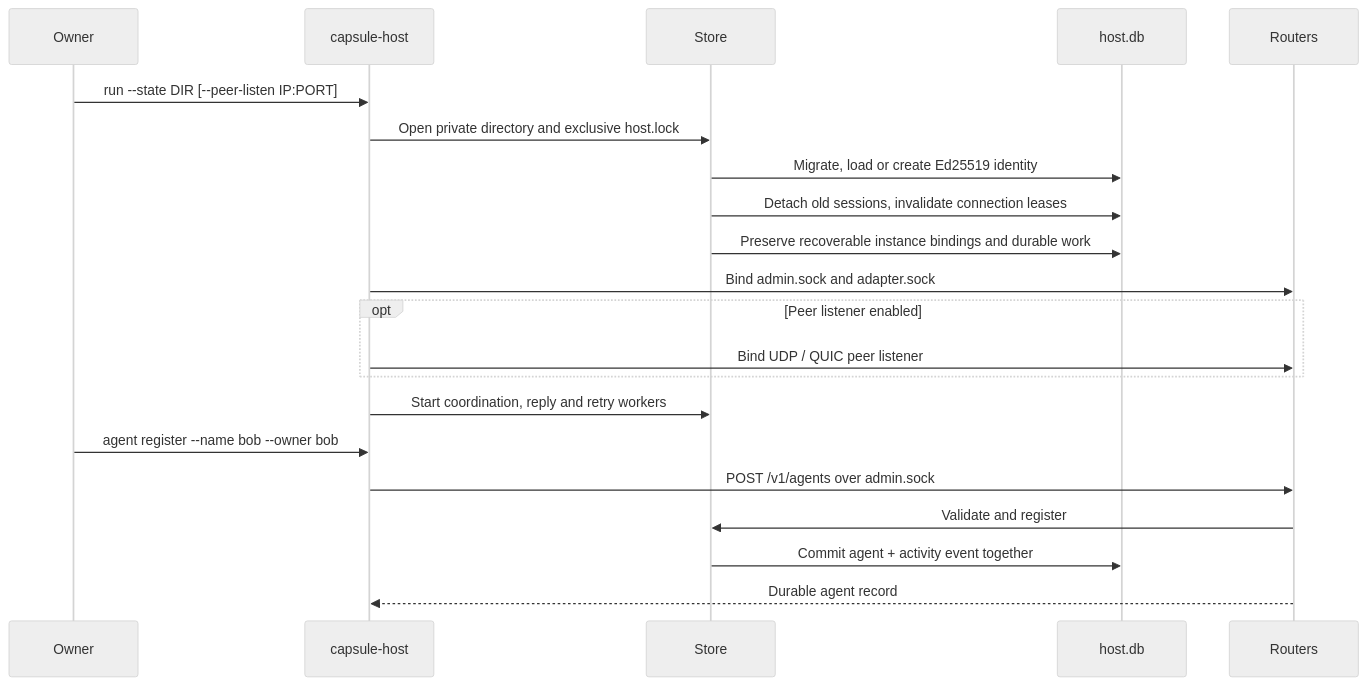
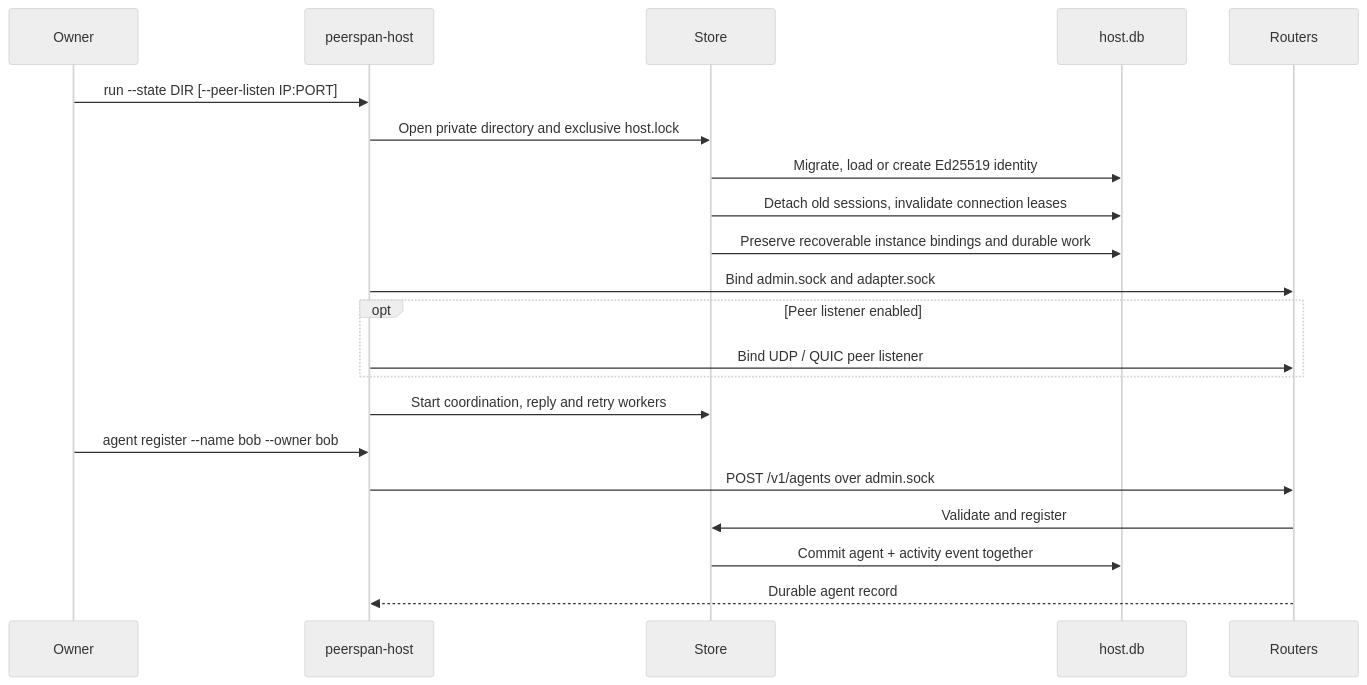
Before and after one commit to peerspan/peerspan: the second of 9 diagrams in docs/architecture-onboarding.md, drawn with Mermaid (neutral theme). The commit also changed other lines of this file and 22 other files, not shown here.

First line of the commit message:
Rename Capsule to Peerspan in the contracts and docs

````diff
--- a/docs/architecture-onboarding.md
+++ b/docs/architecture-onboarding.md
@@ -86,23 +86,23 @@
 ```mermaid
 sequenceDiagram
     participant Owner
-    participant CLI as capsule-host
+    participant CLI as peerspan-host
     participant Store
     participant DB as host.db
     participant Routers
     Owner->>CLI: run --state DIR [--peer-listen IP:PORT]
     CLI->>Store: Open private directory and exclusive host.lock
     Store->>DB: Migrate, load or create Ed25519 identity
     Store->>DB: Detach old sessions, invalidate connection leases
     Store->>DB: Preserve recoverable instance bindings and durable work
     CLI->>Routers: Bind admin.sock and adapter.sock
     opt Peer listener enabled
         CLI->>Routers: Bind UDP / QUIC peer listener
     end
     CLI->>Store: Start coordination, reply and retry workers
     Owner->>CLI: agent register --name bob --owner bob
     CLI->>Routers: POST /v1/agents over admin.sock
     Routers->>Store: Validate and register
     Store->>DB: Commit agent + activity event together
     Routers-->>CLI: Durable agent record
 ```
````
